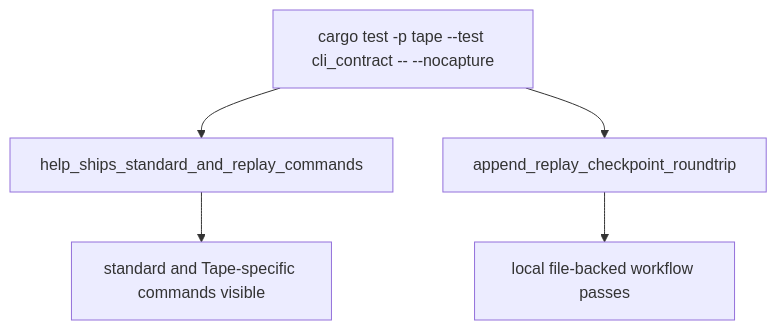
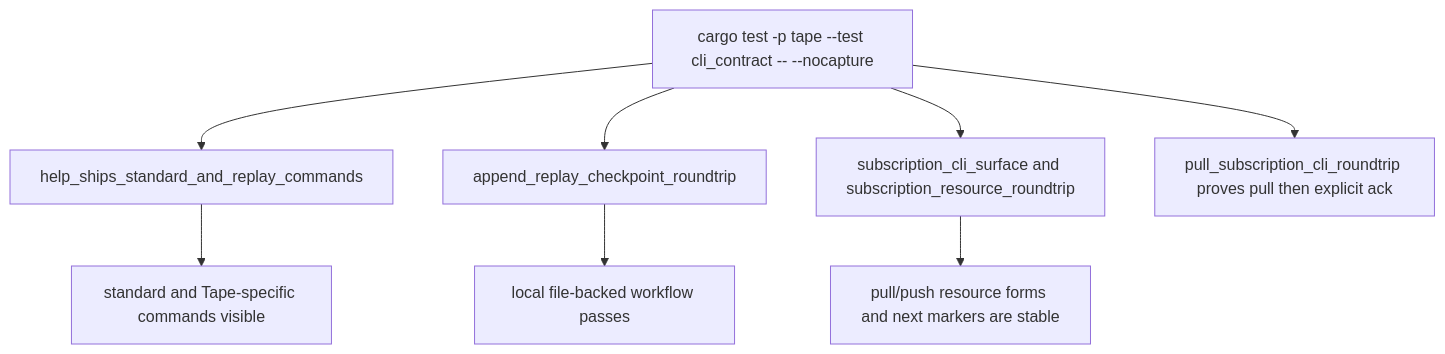
One commit to chrischeng-c4/axiom changed the second of 2 diagrams in apps/tape/tech-design/semantic/source/apps-tape-src-bin-tape-rs.md. Above: the diagram before and after it, drawn with Mermaid. The commit also changed other lines of this file and 340 other files, not shown here.

````diff
--- a/apps/tape/tech-design/semantic/source/apps-tape-src-bin-tape-rs.md
+++ b/apps/tape/tech-design/semantic/source/apps-tape-src-bin-tape-rs.md
@@ -61,10 +71,13 @@
 ```mermaid
 ---
 id: tape-td-flow
 ---
 flowchart TD
     test["cargo test -p tape --test cli_contract -- --nocapture"] --> help["help_ships_standard_and_replay_commands"]
     test --> roundtrip["append_replay_checkpoint_roundtrip"]
+    test --> subscriptiontest["subscription_cli_surface and subscription_resource_roundtrip"]
     help --> surface["standard and Tape-specific commands visible"]
     roundtrip --> workflow["local file-backed workflow passes"]
+    subscriptiontest --> subscriptionproof["pull/push resource forms and next markers are stable"]
+    test --> pullack["pull_subscription_cli_roundtrip proves pull then explicit ack"]
 ```
````
